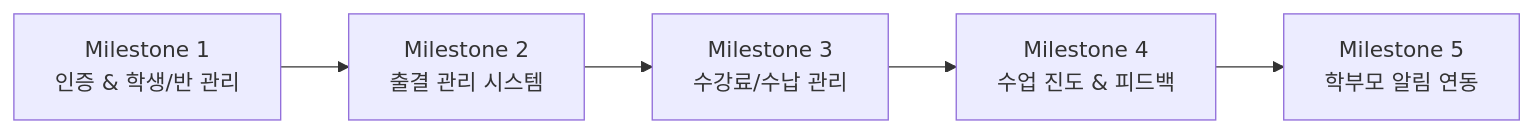
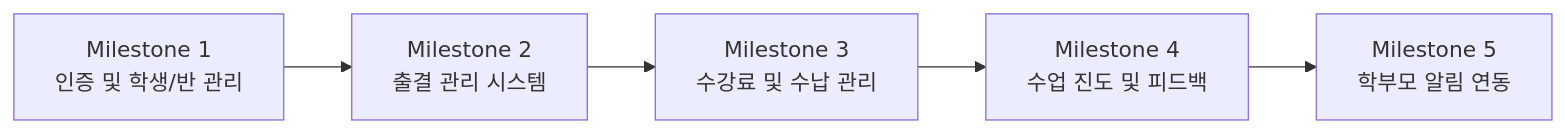
One commit to JoshyWoshy1212/ClassHelper changed the second of 2 diagrams in README.md. Above: the diagram before and after it, drawn with Mermaid. The commit also changed other lines of this file, not shown here.

````diff
--- a/README.md
+++ b/README.md
@@ -67,7 +67,7 @@
 ```mermaid
 flowchart LR
-    M1["Milestone 1<br/>인증 & 학생/반 관리"] --> M2["Milestone 2<br/>출결 관리 시스템"]
-    M2 --> M3["Milestone 3<br/>수강료/수납 관리"]
-    M3 --> M4["Milestone 4<br/>수업 진도 & 피드백"]
-    M4 --> M5["Milestone 5<br/>학부모 알림 연동"]
+    M1["Milestone 1<br>인증 및 학생/반 관리"] --> M2["Milestone 2<br>출결 관리 시스템"]
+    M2 --> M3["Milestone 3<br>수강료 및 수납 관리"]
+    M3 --> M4["Milestone 4<br>수업 진도 및 피드백"]
+    M4 --> M5["Milestone 5<br>학부모 알림 연동"]
 ```
````
